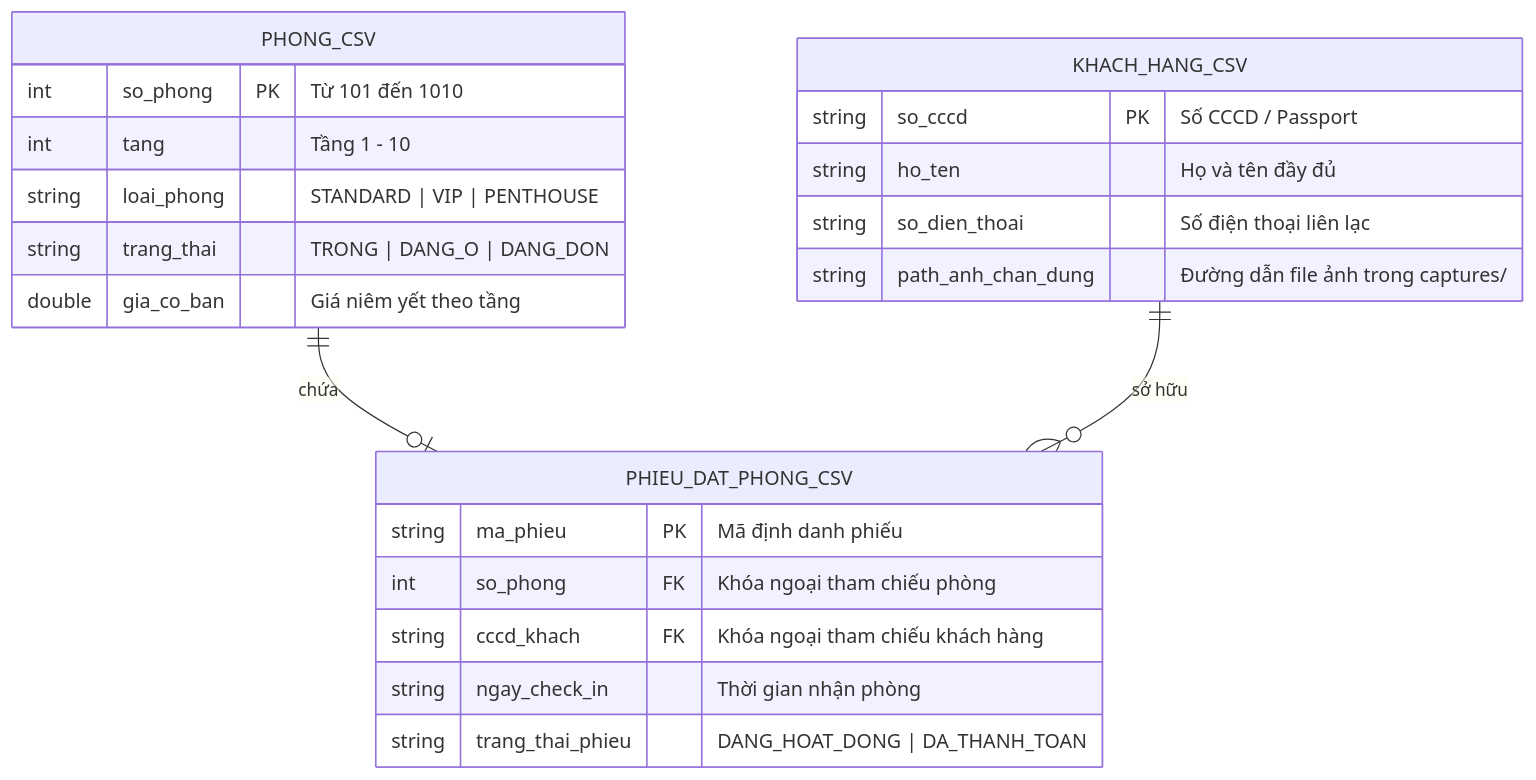
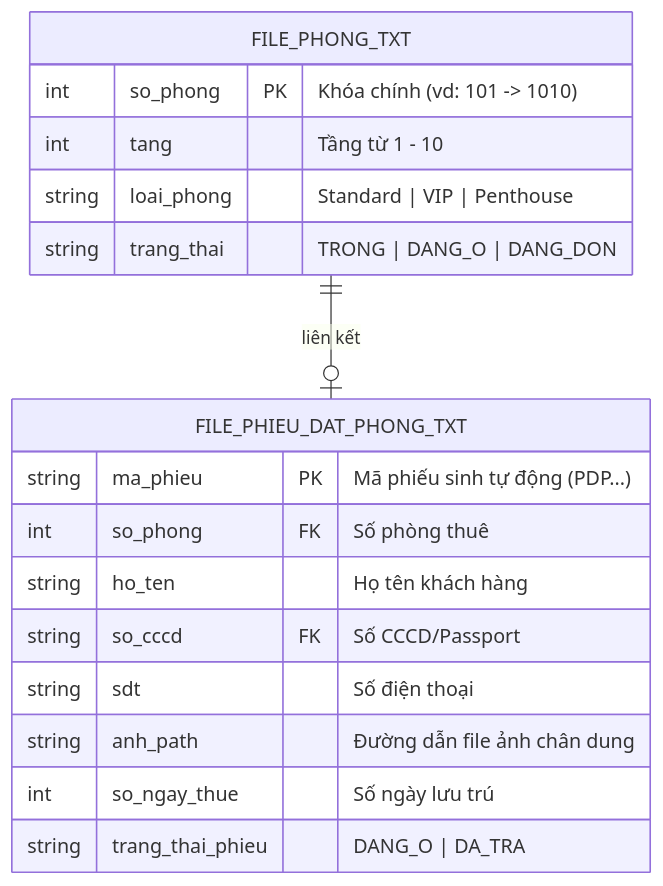
Before and after one commit to NNTTuan/HotelBookingSystem: the diagram in docs/diagrams/erd_data_model.mmd, drawn with Mermaid. The commit also changed 9 other files, not shown here.

```diff
--- a/docs/diagrams/erd_data_model.mmd
+++ b/docs/diagrams/erd_data_model.mmd
@@ -1,26 +1,20 @@
 erDiagram
-    PHONG_CSV {
-        int so_phong PK "Từ 101 đến 1010"
-        int tang "Tầng 1 - 10"
-        string loai_phong "STANDARD | VIP | PENTHOUSE"
+    FILE_PHONG_TXT {
+        int so_phong PK "Khóa chính (vd: 101 -> 1010)"
+        int tang "Tầng từ 1 - 10"
+        string loai_phong "Standard | VIP | Penthouse"
         string trang_thai "TRONG | DANG_O | DANG_DON"
-        double gia_co_ban "Giá niêm yết theo tầng"
     }
 
-    PHIEU_DAT_PHONG_CSV {
-        string ma_phieu PK "Mã định danh phiếu"
-        int so_phong FK "Khóa ngoại tham chiếu phòng"
-        string cccd_khach FK "Khóa ngoại tham chiếu khách hàng"
-        string ngay_check_in "Thời gian nhận phòng"
-        string trang_thai_phieu "DANG_HOAT_DONG | DA_THANH_TOAN"
+    FILE_PHIEU_DAT_PHONG_TXT {
+        string ma_phieu PK "Mã phiếu sinh tự động (PDP...)"
+        int so_phong FK "Số phòng thuê"
+        string ho_ten "Họ tên khách hàng"
+        string so_cccd FK "Số CCCD/Passport"
+        string sdt "Số điện thoại"
+        string anh_path "Đường dẫn file ảnh chân dung"
+        int so_ngay_thue "Số ngày lưu trú"
+        string trang_thai_phieu "DANG_O | DA_TRA"
     }
 
-    KHACH_HANG_CSV {
-        string so_cccd PK "Số CCCD / Passport"
-        string ho_ten "Họ và tên đầy đủ"
-        string so_dien_thoai "Số điện thoại liên lạc"
-        string path_anh_chan_dung "Đường dẫn file ảnh trong captures/"
-    }
-
-    PHONG_CSV ||--o| PHIEU_DAT_PHONG_CSV : "chứa"
-    KHACH_HANG_CSV ||--o{ PHIEU_DAT_PHONG_CSV : "sở hữu"
+    FILE_PHONG_TXT ||--o| FILE_PHIEU_DAT_PHONG_TXT : "liên kết"
```
